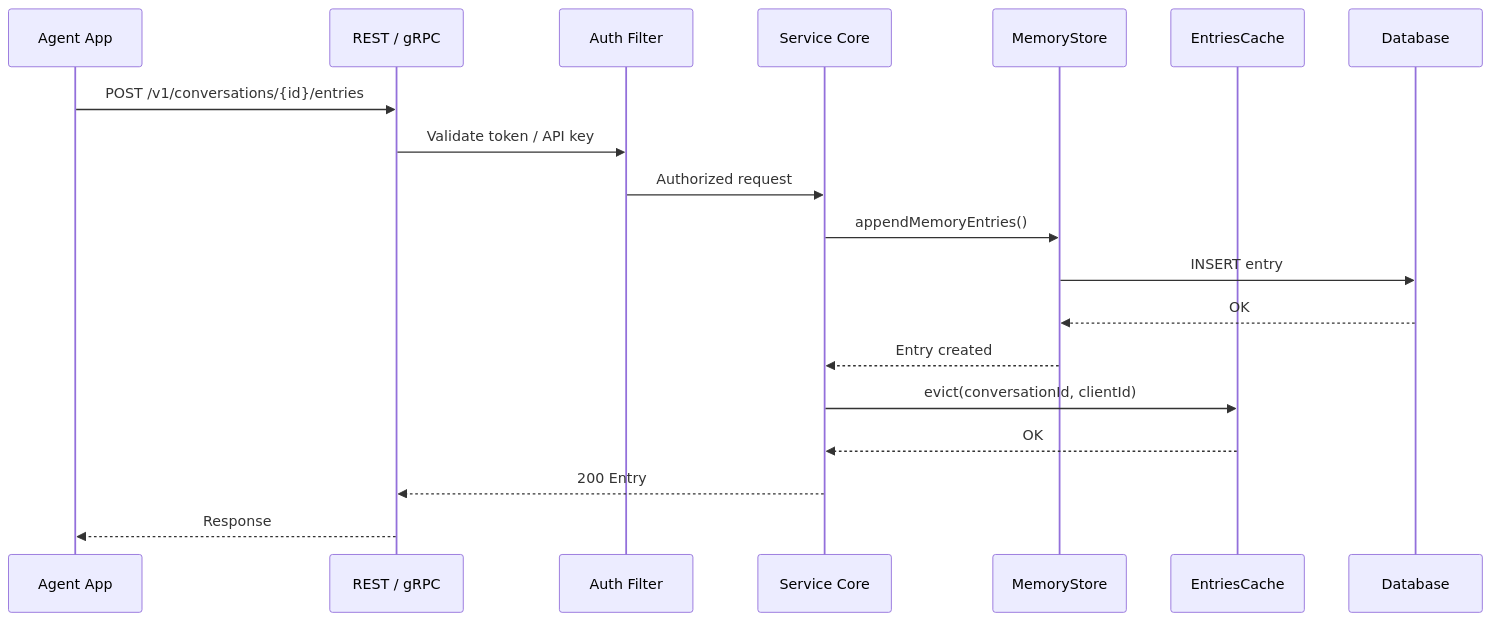
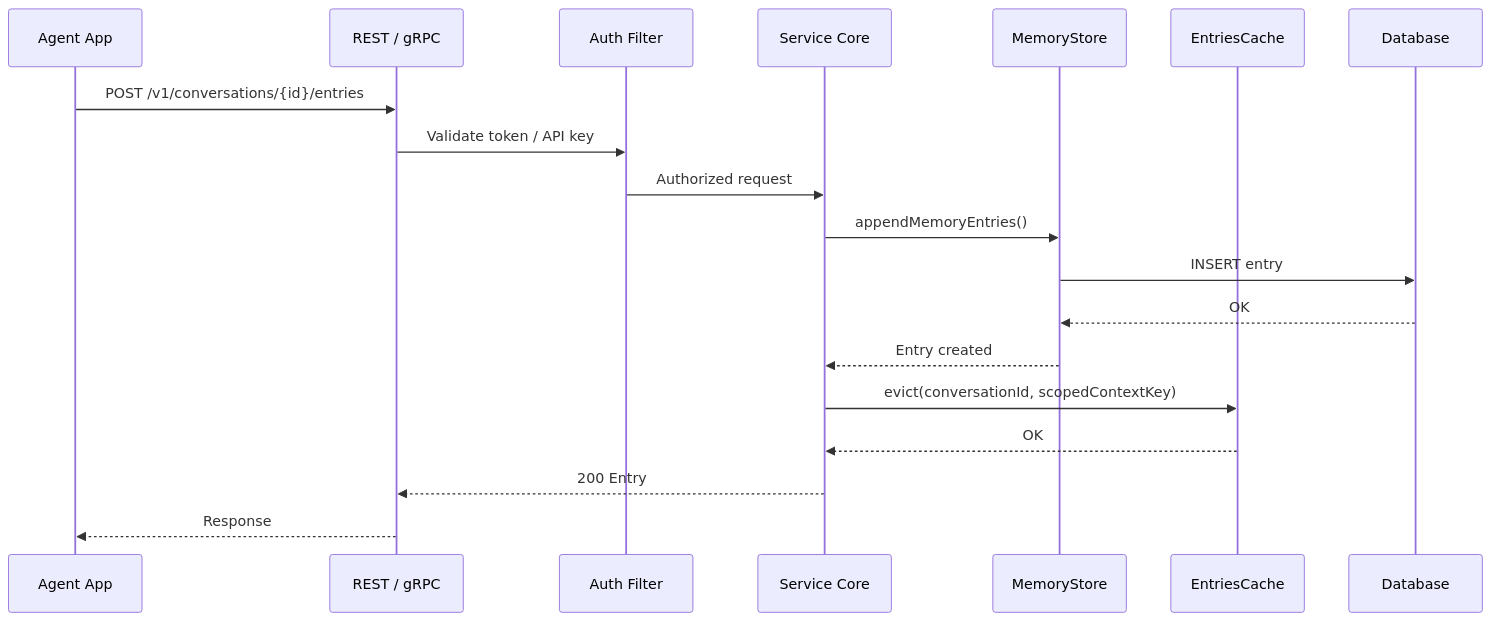
The fourth of 9 diagrams in docs/architecture.md (chirino/memory-service), drawn with Mermaid before and after one commit. The commit also changed 44 other files, not shown here.

````diff
--- a/docs/architecture.md
+++ b/docs/architecture.md
@@ -146,22 +146,22 @@
 ```mermaid
 sequenceDiagram
     participant Agent as Agent App
     participant API as REST / gRPC
     participant Auth as Auth Filter
     participant Svc as Service Core
     participant Store as MemoryStore
     participant Cache as EntriesCache
     participant DB as Database
 
     Agent->>API: POST /v1/conversations/{id}/entries
     API->>Auth: Validate token / API key
     Auth->>Svc: Authorized request
     Svc->>Store: appendMemoryEntries()
     Store->>DB: INSERT entry
     DB-->>Store: OK
     Store-->>Svc: Entry created
-    Svc->>Cache: evict(conversationId, clientId)
+    Svc->>Cache: evict(conversationId, scopedContextKey)
     Cache-->>Svc: OK
     Svc-->>API: 200 Entry
     API-->>Agent: Response
 ```
````
